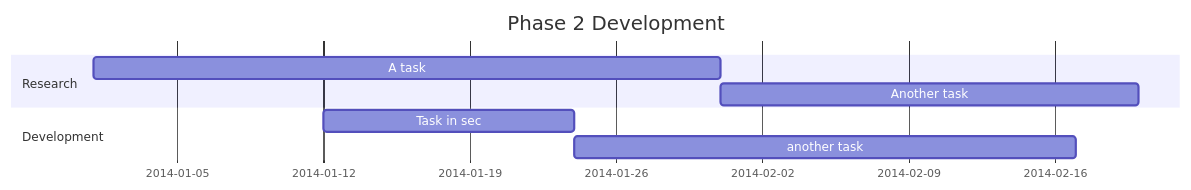
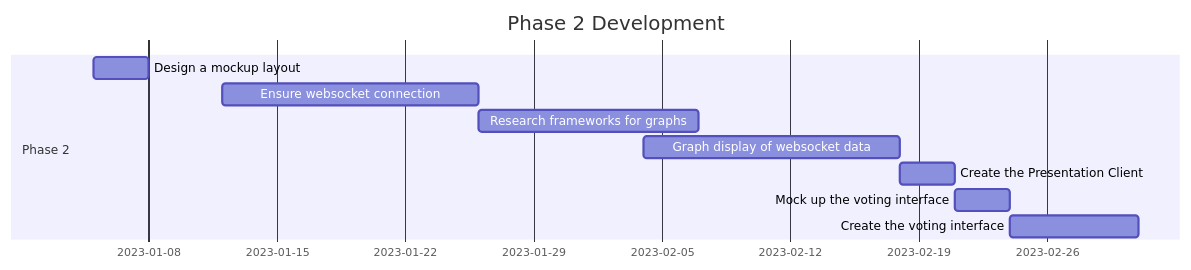
One commit to Joshua-Yuill/Votley_Final-Year-Project changed the second of 3 diagrams in Docs/report.md. Above: the diagram before and after it, drawn with Mermaid. The commit also changed other lines of this file and 3 other files, not shown here.

````diff
--- a/Docs/report.md
+++ b/Docs/report.md
@@ -709,11 +666,13 @@
 ```mermaid
 gantt
     title Phase 2 Development
     dateFormat  YYYY-MM-DD
-    section Research
-    A task           :a1, 2014-01-01, 30d
-    Another task     :after a1  , 20d
-    section Development
-    Task in sec      :2014-01-12  , 12d
-    another task      : 24d
+    section Phase 2
+    Design a mockup layout      :2023-01-05  , 3d
+    Ensure websocket connection          :a1, 2023-01-012, 14d
+    Research frameworks for graphs     :after a1  , 12d
+    Graph display of websocket data     : 2023-02-04, 14d
+    Create the Presentation Client    : 3d
+    Mock up the voting interface    : 3d
+    Create the voting interface   : 7d
 ```
````
